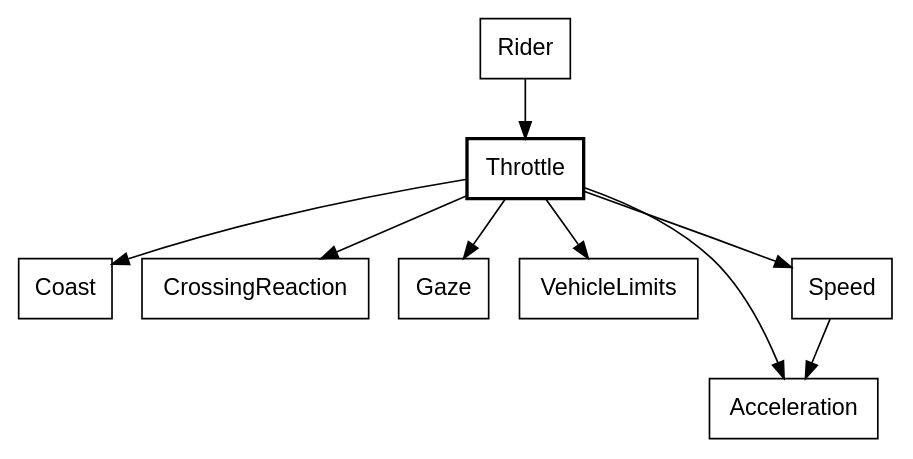
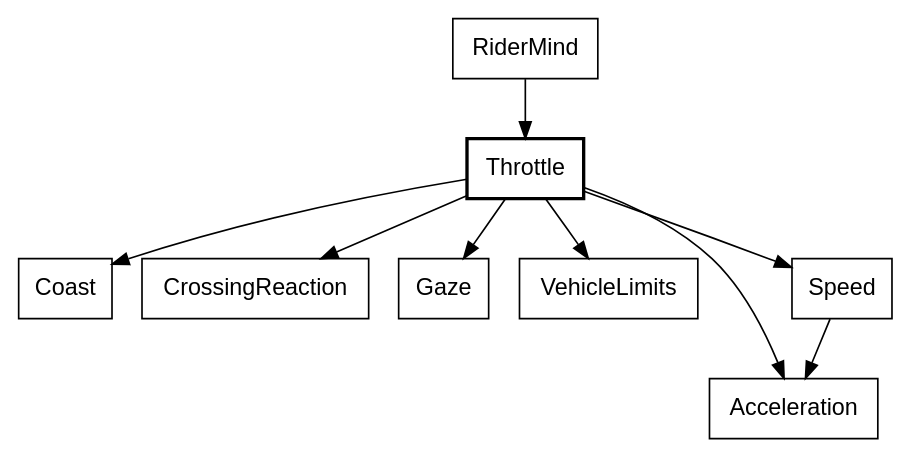
Diagram 17 of 35 in canvas_apps/safari/tutorial/tutorial.md (showell/roc-apps), drawn with Graphviz before and after one commit. The commit also changed other lines of this file and 3 other files, not shown here.

Commit message:
Safari: rename the module Rider (the rider's mind) to RiderMind

````diff
--- a/canvas_apps/safari/tutorial/tutorial.md
+++ b/canvas_apps/safari/tutorial/tutorial.md
@@ -1603,14 +1603,14 @@
 ```dot
 digraph throttle {
   node [shape=box, fontname="Helvetica"];
   Throttle [style=bold];
-  Rider -> Throttle;
+  RiderMind -> Throttle;
   Throttle -> Coast;
   Throttle -> CrossingReaction;
   Throttle -> Gaze;
   Throttle -> VehicleLimits;
   Throttle -> Acceleration;
   Throttle -> Speed;
   Speed -> Acceleration;
 }
 ```
````
